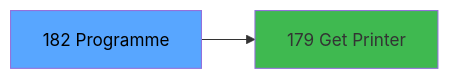
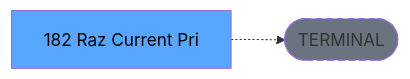
The third of 3 diagrams in .openspec/specs/ADH-IDE-182.md (thonyAGP/lecteur-magic), drawn with Mermaid before and after one commit. The commit also changed other lines of this file and 701 other files, not shown here.

````diff
--- a/.openspec/specs/ADH-IDE-182.md
+++ b/.openspec/specs/ADH-IDE-182.md
@@ -156,8 +134,8 @@
 ```mermaid
 graph LR
-    T[182 Programme]
-    C179[179 Get Printer]
-    T --> C179
+    T[182 Raz Current Pri]
+    TERM([TERMINAL])
+    T -.-> TERM
+    style TERM fill:#6b7280,stroke-dasharray: 5 5
     style T fill:#58a6ff,color:#000
-    style C179 fill:#3fb950
 ```
````
